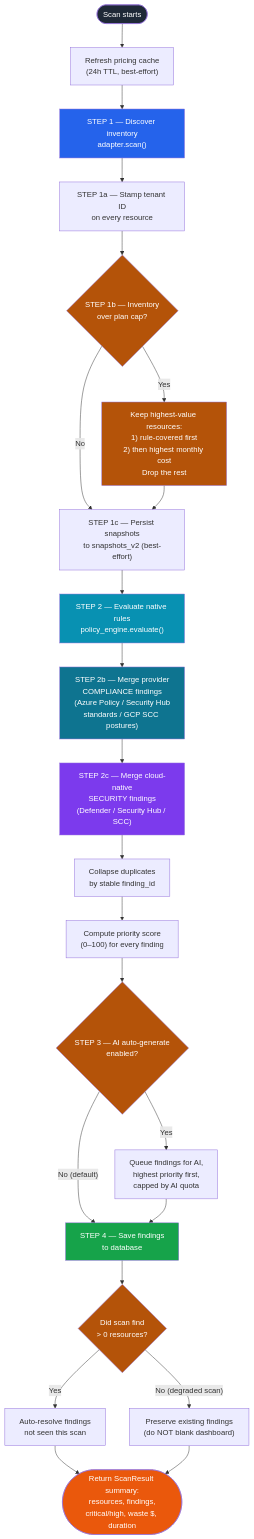
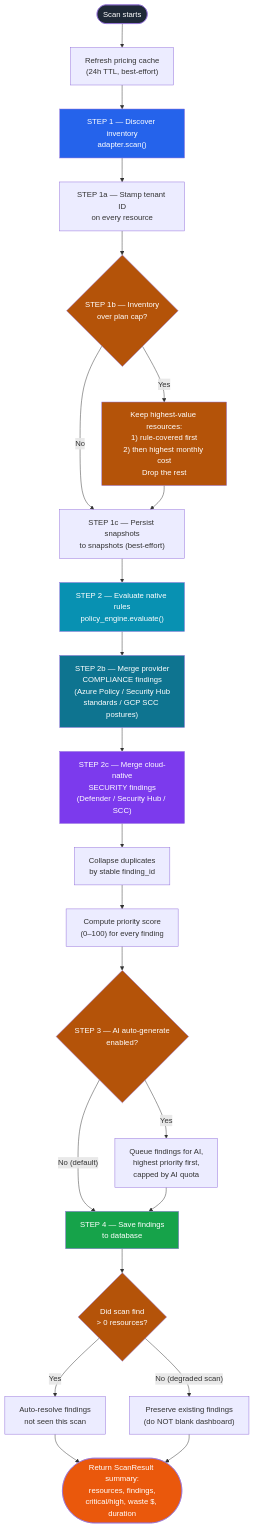
Before and after one commit to sandyshd/CloudGuardIQ: the third of 7 diagrams in docs/scan-pipeline-flow.md, drawn with Mermaid. The commit also changed other lines of this file and 3 other files, not shown here.

````diff
--- a/docs/scan-pipeline-flow.md
+++ b/docs/scan-pipeline-flow.md
@@ -88,44 +88,44 @@
 ```mermaid
 flowchart TD
     Start(["Scan starts"]) --> Price["Refresh pricing cache<br/>(24h TTL, best-effort)"]
     Price --> Scan["STEP 1 — Discover inventory<br/>adapter.scan()"]
 
     Scan --> Stamp["STEP 1a — Stamp tenant ID<br/>on every resource"]
     Stamp --> Cap{"STEP 1b — Inventory<br/>over plan cap?"}
 
     Cap -- "No" --> Persist
     Cap -- "Yes" --> Trunc["Keep highest-value resources:<br/>1) rule-covered first<br/>2) then highest monthly cost<br/>Drop the rest"]
     Trunc --> Persist
-    Persist["STEP 1c — Persist snapshots<br/>to snapshots_v2 (best-effort)"] --> Eval
+    Persist["STEP 1c — Persist snapshots<br/>to snapshots (best-effort)"] --> Eval
 
     Eval["STEP 2 — Evaluate native rules<br/>policy_engine.evaluate()"] --> Merge1["STEP 2b — Merge provider<br/>COMPLIANCE findings<br/>(Azure Policy / Security Hub<br/>standards / GCP SCC postures)"]
     Merge1 --> Merge2["STEP 2c — Merge cloud-native<br/>SECURITY findings<br/>(Defender / Security Hub / SCC)"]
 
     Merge2 --> Dedup["Collapse duplicates<br/>by stable finding_id"]
     Dedup --> Score["Compute priority score<br/>(0–100) for every finding"]
 
     Score --> AIgate{"STEP 3 — AI auto-generate<br/>enabled?"}
     AIgate -- "No (default)" --> Save
     AIgate -- "Yes" --> Queue["Queue findings for AI,<br/>highest priority first,<br/>capped by AI quota"]
     Queue --> Save
 
     Save["STEP 4 — Save findings<br/>to database"] --> Resolve{"Did scan find<br/>&gt; 0 resources?"}
     Resolve -- "Yes" --> Sweep["Auto-resolve findings<br/>not seen this scan"]
     Resolve -- "No (degraded scan)" --> Keep["Preserve existing findings<br/>(do NOT blank dashboard)"]
 
     Sweep --> Result
     Keep --> Result
     Result(["Return ScanResult summary:<br/>resources, findings,<br/>critical/high, waste $, duration"])
 
     style Start fill:#1f2937,color:#fff
     style Scan fill:#2563eb,color:#fff
     style Cap fill:#b45309,color:#fff
     style Trunc fill:#b45309,color:#fff
     style Eval fill:#0891b2,color:#fff
     style Merge1 fill:#0e7490,color:#fff
     style Merge2 fill:#7c3aed,color:#fff
     style AIgate fill:#b45309,color:#fff
     style Save fill:#16a34a,color:#fff
     style Resolve fill:#b45309,color:#fff
     style Result fill:#ea580c,color:#fff
 ```
````
